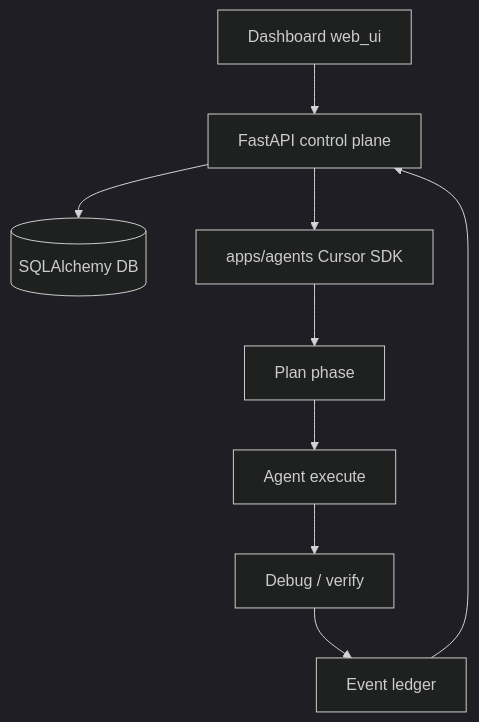
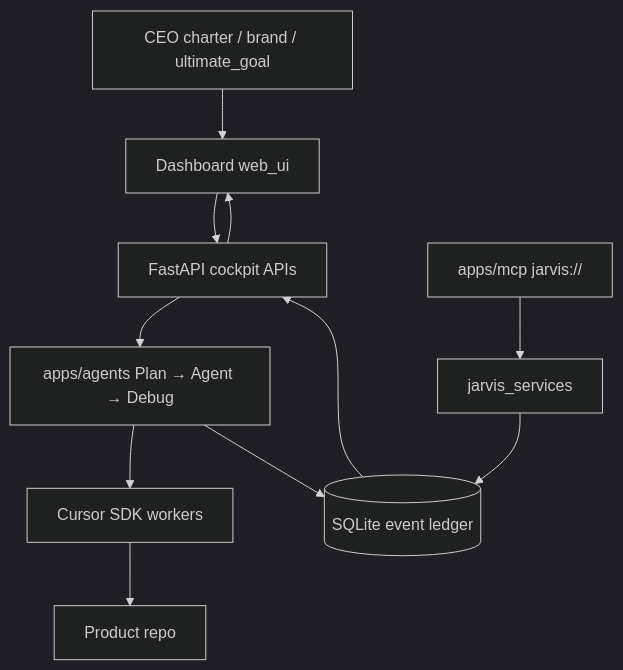
The fourth of 4 diagrams in src/content/architecture/jarvis.mdx (AlexTouvras/Orbit), drawn with Mermaid (dark theme) before and after one commit. The commit also changed other lines of this file and 8 other files, not shown here.

````diff
--- a/src/content/architecture/jarvis.mdx
+++ b/src/content/architecture/jarvis.mdx
@@ -13,11 +70,13 @@
 ```mermaid
 flowchart TB
-  UI[Dashboard web_ui] --> API[FastAPI control plane]
-  API --> DB[(SQLAlchemy DB)]
-  API --> Agents[apps/agents Cursor SDK]
-  Agents --> Plan[Plan phase]
-  Plan --> Run[Agent execute]
-  Run --> Debug[Debug / verify]
-  Debug --> Ledger[Event ledger]
+  CEO[CEO charter / brand / ultimate_goal] --> Cockpit[Dashboard web_ui]
+  Cockpit --> API[FastAPI cockpit APIs]
+  API --> Loop[apps/agents Plan → Agent → Debug]
+  Loop --> SDK[Cursor SDK workers]
+  SDK --> Product[Product repo]
+  Loop --> Ledger[(SQLite event ledger)]
   Ledger --> API
+  API --> Cockpit
+  MCP[apps/mcp jarvis://] --> Services[jarvis_services]
+  Services --> Ledger
 ```
````
